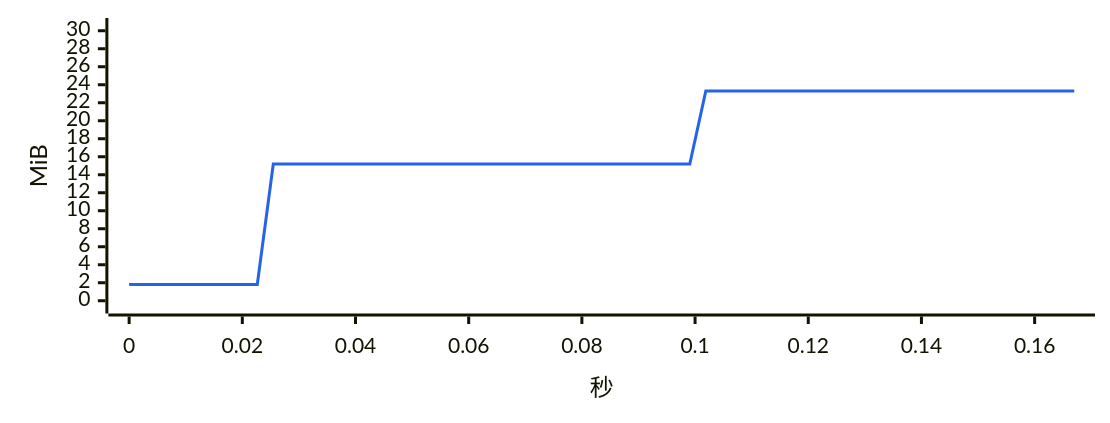
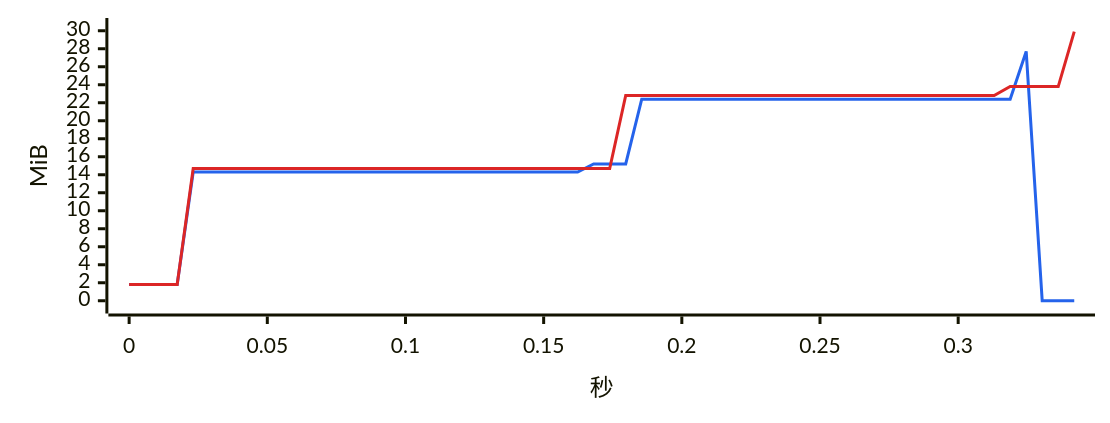
Before and after one commit to 334456777/WeFlow: diagram 16 of 17 in bench/v4.0.0/summary.md, drawn with Mermaid. The commit also changed other lines of this file and 3 other files, not shown here.

````diff
--- a/bench/v4.0.0/summary.md
+++ b/bench/v4.0.0/summary.md
@@ -439,7 +452,8 @@
 ```mermaid
-%%{init: {"xyChart": {"width": 720, "height": 260}, "themeVariables": {"xyChart": {"plotColorPalette": "#2563eb"}}}}%%
+%%{init: {"xyChart": {"width": 720, "height": 260}, "themeVariables": {"xyChart": {"plotColorPalette": "#2563eb, #dc2626"}}}}%%
 xychart-beta
-    x-axis "秒" 0 --> 0.167
+    x-axis "秒" 0 --> 0.342
     y-axis "MiB" 0 --> 30
-    line [1.8, 1.8, 1.8, 1.8, 1.8, 1.8, 1.8, 1.8, 1.8, 15.2, 15.2, 15.2, 15.2, 15.2, 15.2, 15.2, 15.2, 15.2, 15.2, 15.2, 15.2, 15.2, 15.2, 15.2, 15.2, 15.2, 15.2, 15.2, 15.2, 15.2, 15.2, 15.2, 15.2, 15.2, 15.2, 15.2, 23.3, 23.3, 23.3, 23.3, 23.3, 23.3, 23.3, 23.3, 23.3, 23.3, 23.3, 23.3, 23.3, 23.3, 23.3, 23.3, 23.3, 23.3, 23.3, 23.3, 23.3, 23.3, 23.3, 23.3]
+    line [1.8, 1.8, 1.8, 1.8, 14.3, 14.3, 14.3, 14.3, 14.3, 14.3, 14.3, 14.3, 14.3, 14.3, 14.3, 14.3, 14.3, 14.3, 14.3, 14.3, 14.3, 14.3, 14.3, 14.3, 14.3, 14.3, 14.3, 14.3, 14.3, 15.2, 15.2, 15.2, 22.4, 22.4, 22.4, 22.4, 22.4, 22.4, 22.4, 22.4, 22.4, 22.4, 22.4, 22.4, 22.4, 22.4, 22.4, 22.4, 22.4, 22.4, 22.4, 22.4, 22.4, 22.4, 22.4, 22.4, 27.7, 0.0, 0.0, 0.0]
+    line [1.8, 1.8, 1.8, 1.8, 14.7, 14.7, 14.7, 14.7, 14.7, 14.7, 14.7, 14.7, 14.7, 14.7, 14.7, 14.7, 14.7, 14.7, 14.7, 14.7, 14.7, 14.7, 14.7, 14.7, 14.7, 14.7, 14.7, 14.7, 14.7, 14.7, 14.7, 22.8, 22.8, 22.8, 22.8, 22.8, 22.8, 22.8, 22.8, 22.8, 22.8, 22.8, 22.8, 22.8, 22.8, 22.8, 22.8, 22.8, 22.8, 22.8, 22.8, 22.8, 22.8, 22.8, 22.8, 23.8, 23.8, 23.8, 23.8, 29.9]
 ```
````
